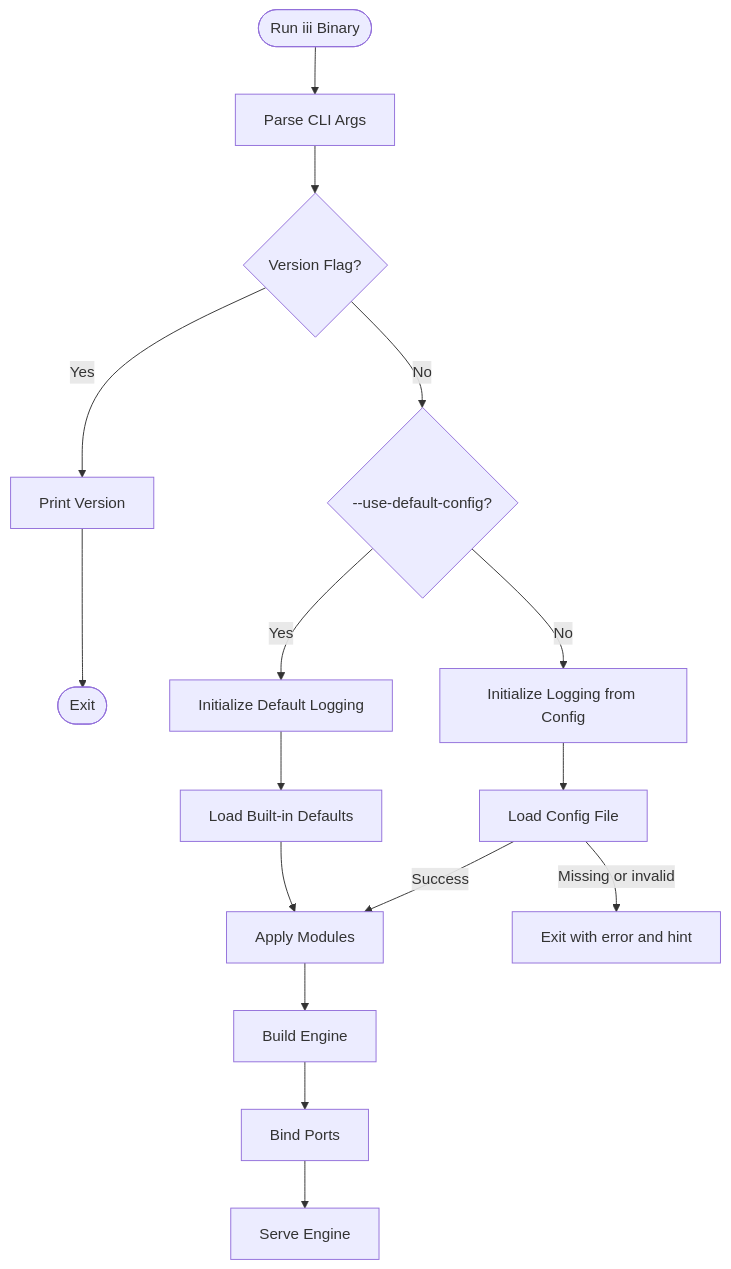
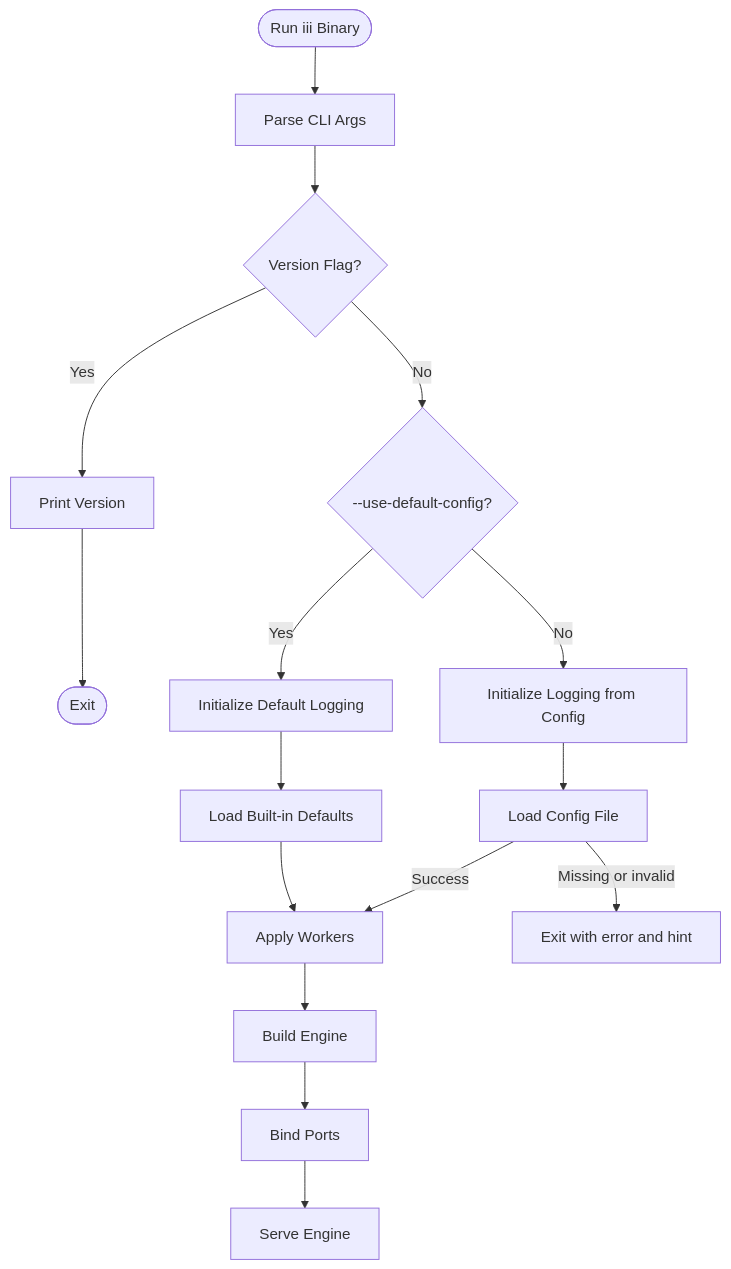
Before and after one commit to iii-hq/iii: the first of 2 diagrams in docs/advanced/deployment.mdx, drawn with Mermaid. The commit also changed other lines of this file and 87 other files, not shown here.

Commit message:
refactor: modules to workers

````diff
--- a/docs/advanced/deployment.mdx
+++ b/docs/advanced/deployment.mdx
@@ -275,19 +275,19 @@
 ```mermaid
 graph TD
     Start([Run iii Binary]) --> Args[Parse CLI Args]
     Args --> CheckVer{Version Flag?}
     CheckVer -->|Yes| PrintVer[Print Version] --> Exit([Exit])
     CheckVer -->|No| Mode{--use-default-config?}
 
     Mode -->|Yes| InitDefaultLog[Initialize Default Logging]
     InitDefaultLog --> LoadDefaults[Load Built-in Defaults]
     Mode -->|No| InitConfigLog[Initialize Logging from Config]
     InitConfigLog --> LoadConfig[Load Config File]
-    LoadConfig -->|Success| ApplyConfig[Apply Modules]
+    LoadConfig -->|Success| ApplyConfig[Apply Workers]
     LoadConfig -->|Missing or invalid| ExitErr[Exit with error and hint]
 
     LoadDefaults --> ApplyConfig
     ApplyConfig --> BuildEngine[Build Engine]
     BuildEngine --> Bind[Bind Ports]
     Bind --> Serve[Serve Engine]
 ```
````
